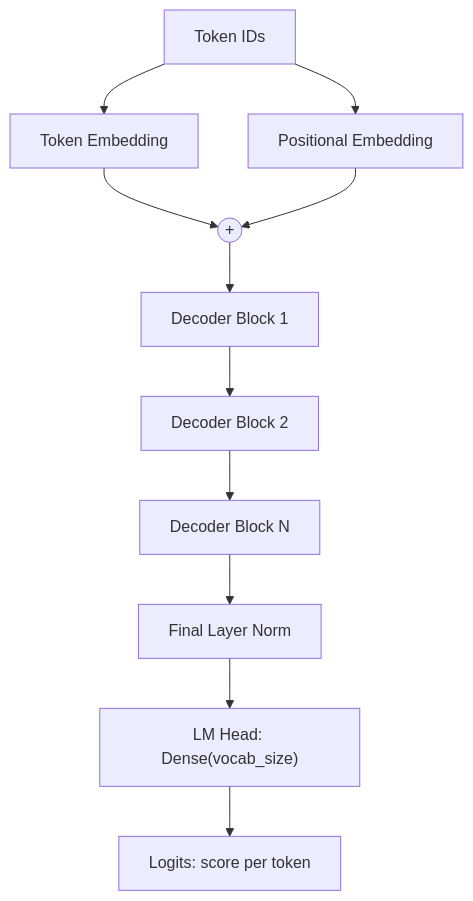
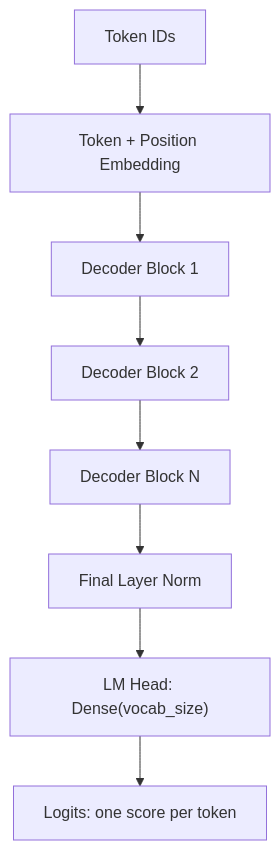
Before and after one commit to FortinetCloudCSE/genai-creator-lab2: the diagram in content/03training_pipeline/assemble_model.md, drawn with Mermaid. The commit also changed other lines of this file and 34 other files, not shown here.

````diff
--- a/content/03training_pipeline/assemble_model.md
+++ b/content/03training_pipeline/assemble_model.md
@@ -12,13 +12,10 @@
 ```mermaid
 graph TD
-    A[Token IDs] --> B[Token Embedding]
-    A --> P[Positional Embedding]
-    B --> ADD((+))
-    P --> ADD
-    ADD --> D1[Decoder Block 1]
+    A[Token IDs] --> E[Token + Position Embedding]
+    E --> D1[Decoder Block 1]
     D1 --> D2[Decoder Block 2]
     D2 --> Dn[Decoder Block N]
     Dn --> LN[Final Layer Norm]
     LN --> HEAD["LM Head: Dense(vocab_size)"]
-    HEAD --> OUT["Logits: score per token"]
+    HEAD --> OUT["Logits: one score per token"]
 ```
````
